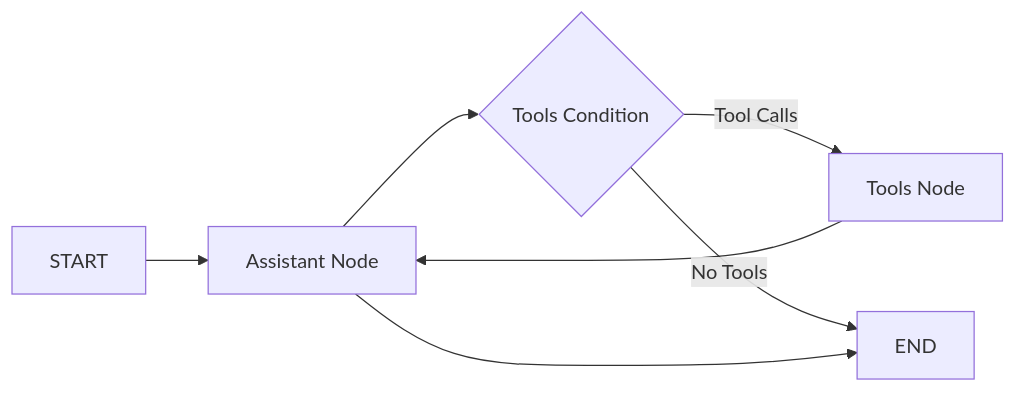
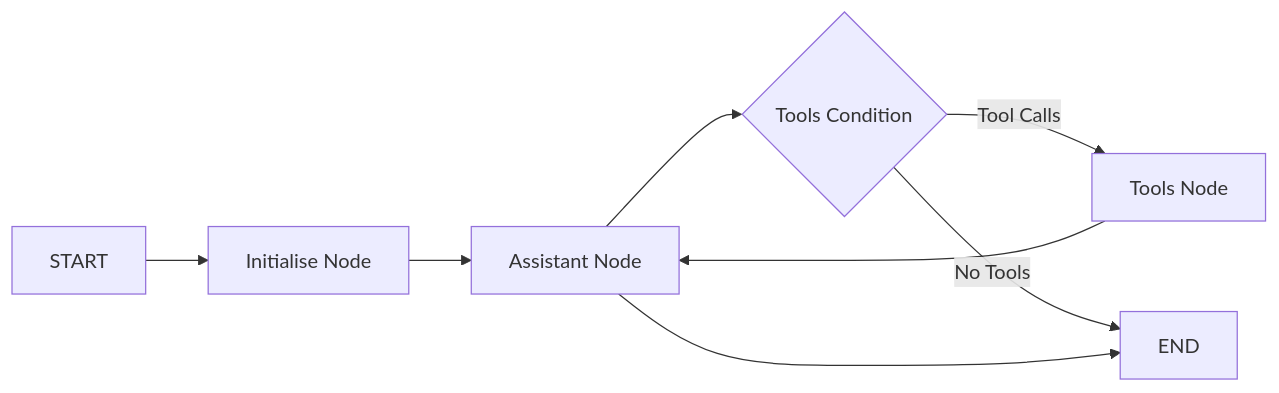
The diagram in README.md (kimnewzealand/langgraph-tutorial), drawn with Mermaid before and after one commit. The commit also changed other lines of this file and 15 other files, not shown here.

Commit message:
add initialise node and update eval

````diff
--- a/README.md
+++ b/README.md
@@ -33,9 +34,10 @@
 ```mermaid
 graph LR
-    A[START] --> B[Assistant Node]
+    A[START] --> I[Initialise Node]
+    I --> B[Assistant Node]
     B --> C{Tools Condition}
     C -->|Tool Calls| D[Tools Node]
     C -->|No Tools| E[END]
     D --> B
     B --> E
 ```
````
